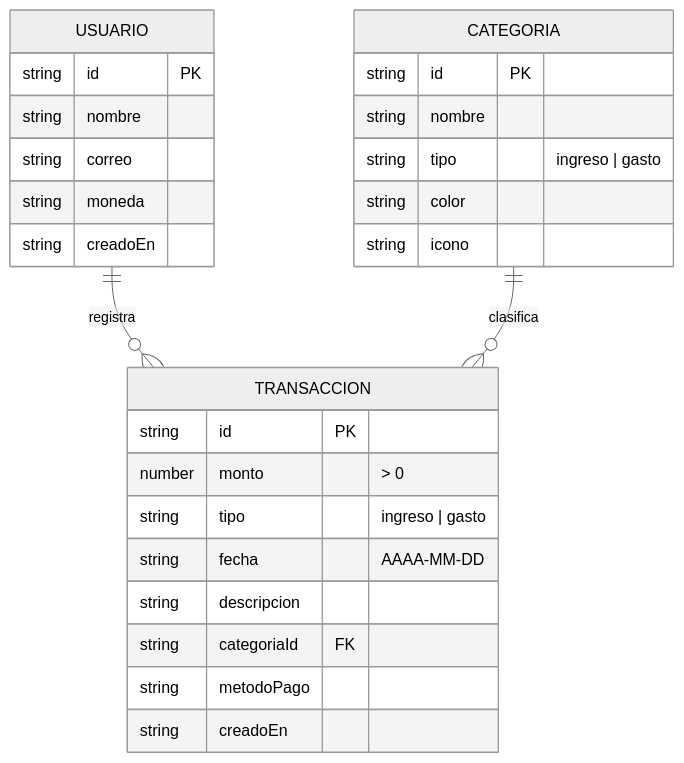
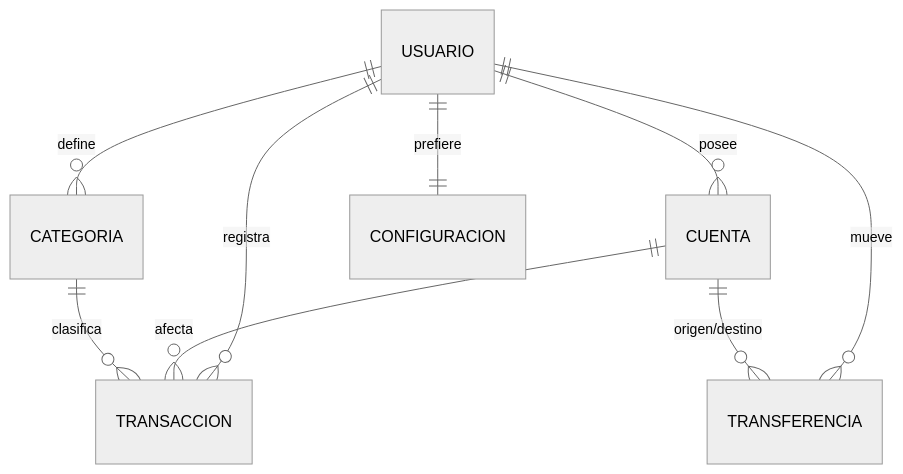
One commit to Salware-20/FinTrack changed the diagram in README.md. Above: the diagram before and after it, drawn with Mermaid (neutral theme). The commit also changed other lines of this file and 36 other files, not shown here.

````diff
--- a/README.md
+++ b/README.md
@@ -127,32 +174,11 @@
 ```mermaid
 erDiagram
+    USUARIO ||--o{ CUENTA : "posee"
+    USUARIO ||--o{ CATEGORIA : "define"
     USUARIO ||--o{ TRANSACCION : "registra"
+    USUARIO ||--o{ TRANSFERENCIA : "mueve"
+    USUARIO ||--|| CONFIGURACION : "prefiere"
+    CUENTA ||--o{ TRANSACCION : "afecta"
     CATEGORIA ||--o{ TRANSACCION : "clasifica"
-
-    USUARIO {
-        string id PK
-        string nombre
-        string correo
-        string moneda
-        string creadoEn
-    }
-
-    CATEGORIA {
-        string id PK
-        string nombre
-        string tipo "ingreso | gasto"
-        string color
-        string icono
-    }
-
-    TRANSACCION {
-        string id PK
-        number monto "> 0"
-        string tipo "ingreso | gasto"
-        string fecha "AAAA-MM-DD"
-        string descripcion
-        string categoriaId FK
-        string metodoPago
-        string creadoEn
-    }
+    CUENTA ||--o{ TRANSFERENCIA : "origen/destino"
 ```
````
